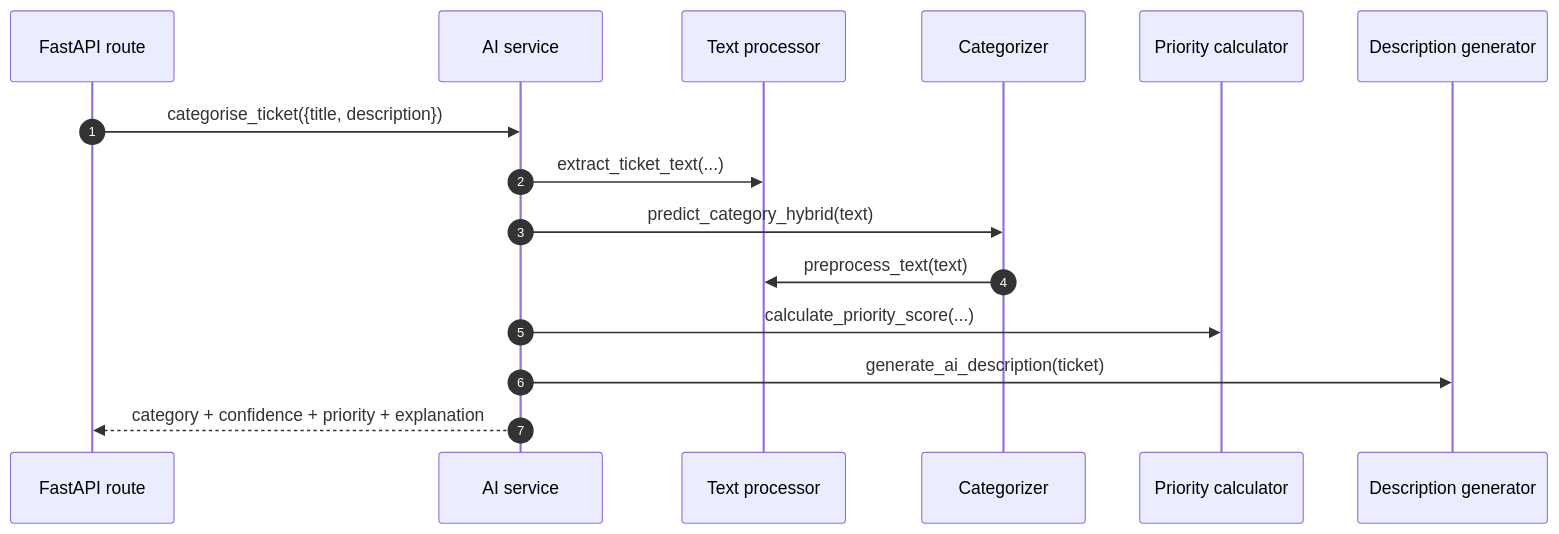
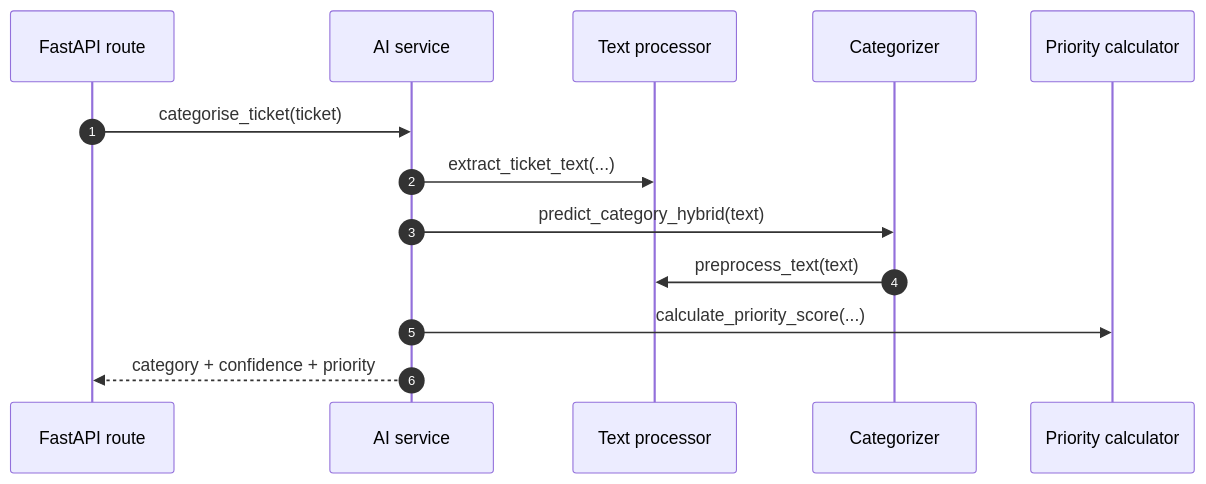
The first of 5 diagrams in docs/services/ai-service/flows.md (Plymouth-University/comp2003-2025-2026-team-3), drawn with Mermaid before and after one commit. The commit also changed other lines of this file and 5 other files, not shown here.

````diff
--- a/docs/services/ai-service/flows.md
+++ b/docs/services/ai-service/flows.md
@@ -21,18 +24,16 @@
 ```mermaid
 sequenceDiagram
   autonumber
   participant API as FastAPI route
   participant AI as AI service
   participant Text as Text processor
   participant Cat as Categorizer
   participant Priority as Priority calculator
-  participant Desc as Description generator
 
-  API->>AI: categorise_ticket({title, description})
+  API->>AI: categorise_ticket(ticket)
   AI->>Text: extract_ticket_text(...)
   AI->>Cat: predict_category_hybrid(text)
   Cat->>Text: preprocess_text(text)
   AI->>Priority: calculate_priority_score(...)
-  AI->>Desc: generate_ai_description(ticket)
-  AI-->>API: category + confidence + priority + explanation
+  AI-->>API: category + confidence + priority
 ```
````
